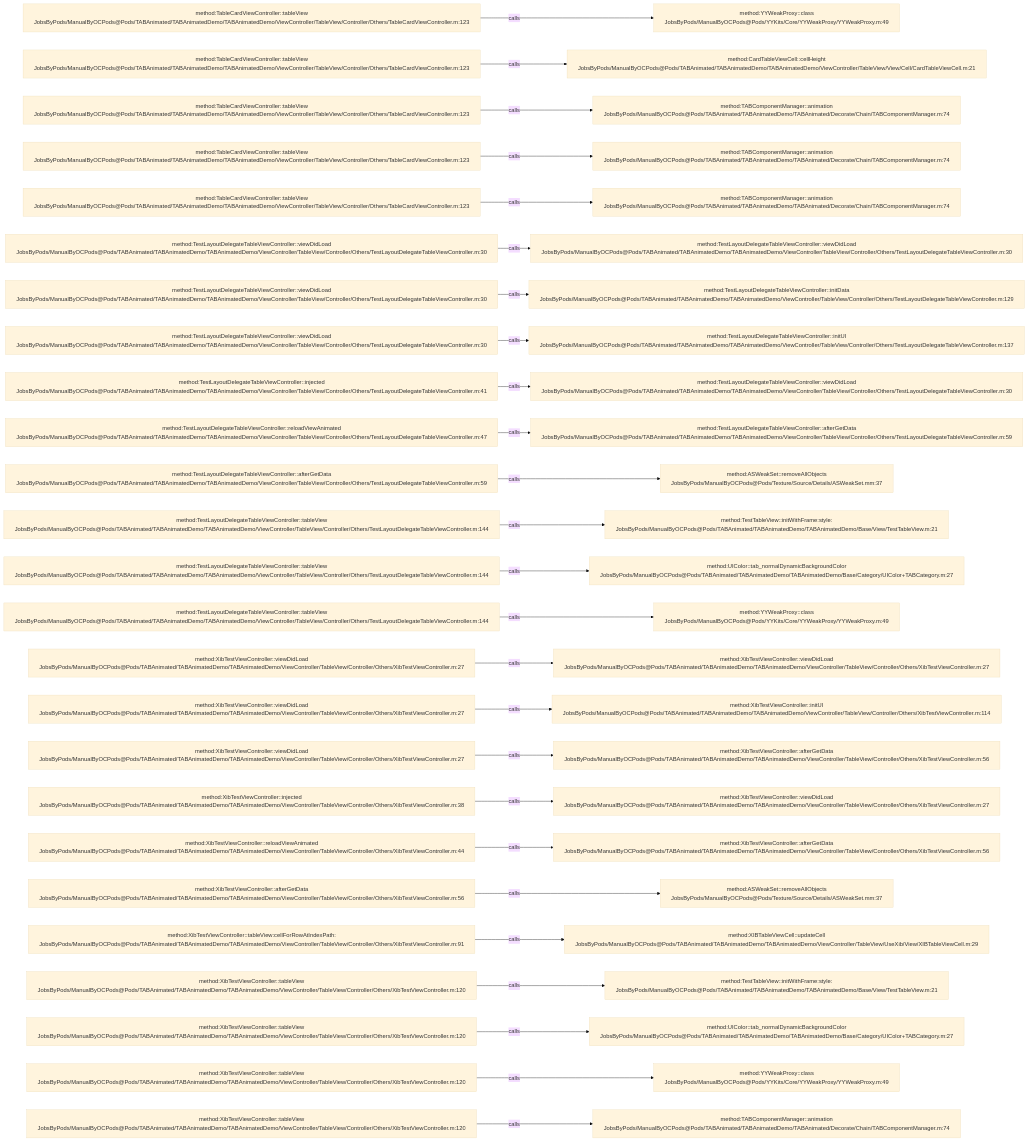
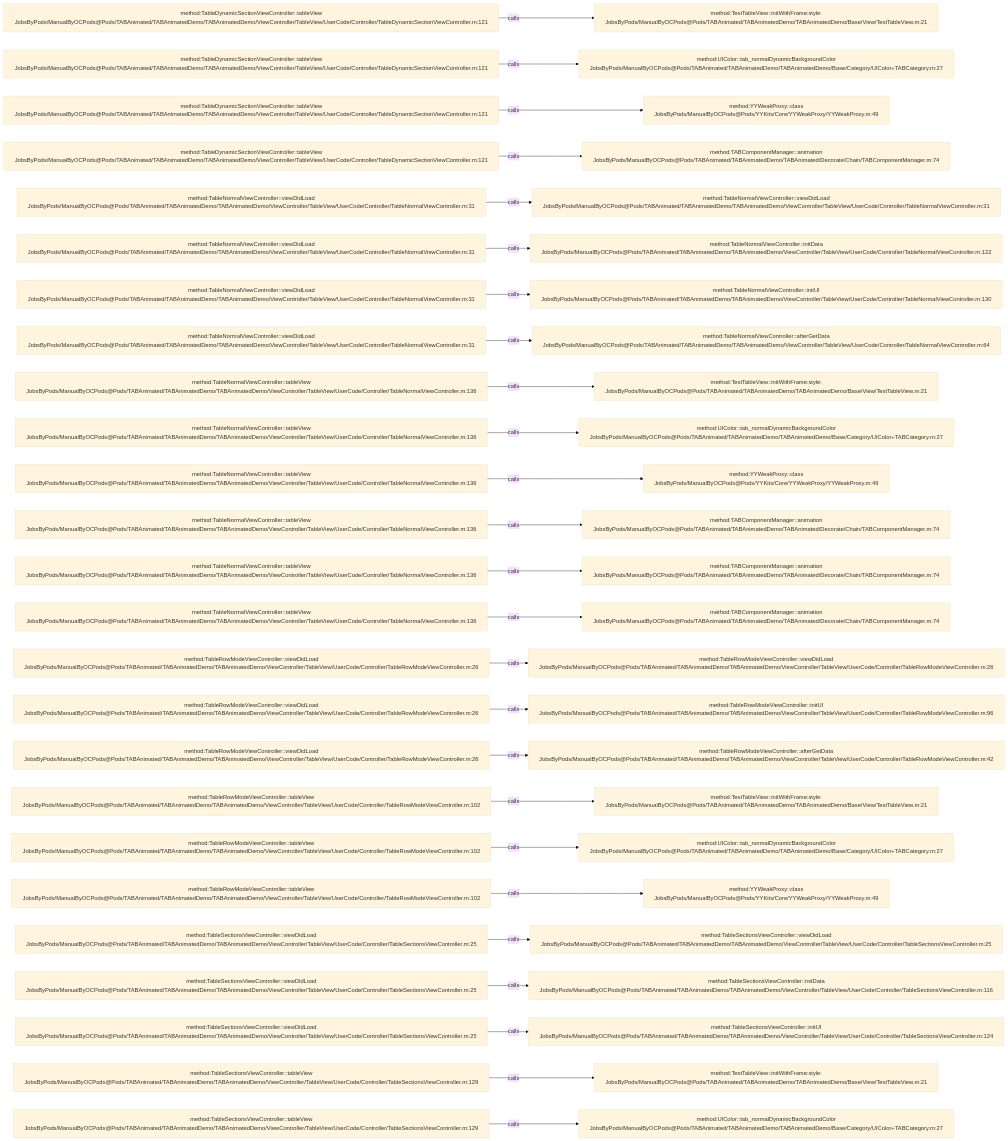
One commit to JobsKits/JobsOCBaseConfigDemo changed the diagram in .codegraph/codegraph.md/graphs/calls-057.md. Above: the diagram before and after it, drawn with Mermaid (base theme). The commit also changed 1448 other files, not shown here.

````diff
--- a/.codegraph/codegraph.md/graphs/calls-057.md
+++ b/.codegraph/codegraph.md/graphs/calls-057.md
@@ -13,78 +13,78 @@
 ```mermaid
 flowchart LR
-  S1["method:TableCardViewController::tableView<br/>JobsByPods/ManualByOCPods@Pods/TABAnimated/TABAnimatedDemo/TABAnimatedDemo/ViewController/TableView/Controller/Others/TableCardViewController.m:123"]
-  T1["method:YYWeakProxy::class<br/>JobsByPods/ManualByOCPods@Pods/YYKits/Core/YYWeakProxy/YYWeakProxy.m:49"]
+  S1["method:TableDynamicSectionViewController::tableView<br/>JobsByPods/ManualByOCPods@Pods/TABAnimated/TABAnimatedDemo/TABAnimatedDemo/ViewController/TableView/UserCode/Controller/TableDynamicSectionViewController.m:121"]
+  T1["method:TestTableView::initWithFrame:style:<br/>JobsByPods/ManualByOCPods@Pods/TABAnimated/TABAnimatedDemo/TABAnimatedDemo/Base/View/TestTableView.m:21"]
   S1 -->|calls| T1
-  S2["method:TableCardViewController::tableView<br/>JobsByPods/ManualByOCPods@Pods/TABAnimated/TABAnimatedDemo/TABAnimatedDemo/ViewController/TableView/Controller/Others/TableCardViewController.m:123"]
-  T2["method:CardTableViewCell::cellHeight<br/>JobsByPods/ManualByOCPods@Pods/TABAnimated/TABAnimatedDemo/TABAnimatedDemo/ViewController/TableView/View/Cell/CardTableViewCell.m:21"]
+  S2["method:TableDynamicSectionViewController::tableView<br/>JobsByPods/ManualByOCPods@Pods/TABAnimated/TABAnimatedDemo/TABAnimatedDemo/ViewController/TableView/UserCode/Controller/TableDynamicSectionViewController.m:121"]
+  T2["method:UIColor::tab_normalDynamicBackgroundColor<br/>JobsByPods/ManualByOCPods@Pods/TABAnimated/TABAnimatedDemo/TABAnimatedDemo/Base/Category/UIColor+TABCategory.m:27"]
   S2 -->|calls| T2
-  S3["method:TableCardViewController::tableView<br/>JobsByPods/ManualByOCPods@Pods/TABAnimated/TABAnimatedDemo/TABAnimatedDemo/ViewController/TableView/Controller/Others/TableCardViewController.m:123"]
-  T3["method:TABComponentManager::animation<br/>JobsByPods/ManualByOCPods@Pods/TABAnimated/TABAnimatedDemo/TABAnimated/Decorate/Chain/TABComponentManager.m:74"]
+  S3["method:TableDynamicSectionViewController::tableView<br/>JobsByPods/ManualByOCPods@Pods/TABAnimated/TABAnimatedDemo/TABAnimatedDemo/ViewController/TableView/UserCode/Controller/TableDynamicSectionViewController.m:121"]
+  T3["method:YYWeakProxy::class<br/>JobsByPods/ManualByOCPods@Pods/YYKits/Core/YYWeakProxy/YYWeakProxy.m:49"]
   S3 -->|calls| T3
-  S4["method:TableCardViewController::tableView<br/>JobsByPods/ManualByOCPods@Pods/TABAnimated/TABAnimatedDemo/TABAnimatedDemo/ViewController/TableView/Controller/Others/TableCardViewController.m:123"]
+  S4["method:TableDynamicSectionViewController::tableView<br/>JobsByPods/ManualByOCPods@Pods/TABAnimated/TABAnimatedDemo/TABAnimatedDemo/ViewController/TableView/UserCode/Controller/TableDynamicSectionViewController.m:121"]
   T4["method:TABComponentManager::animation<br/>JobsByPods/ManualByOCPods@Pods/TABAnimated/TABAnimatedDemo/TABAnimated/Decorate/Chain/TABComponentManager.m:74"]
   S4 -->|calls| T4
-  S5["method:TableCardViewController::tableView<br/>JobsByPods/ManualByOCPods@Pods/TABAnimated/TABAnimatedDemo/TABAnimatedDemo/ViewController/TableView/Controller/Others/TableCardViewController.m:123"]
-  T5["method:TABComponentManager::animation<br/>JobsByPods/ManualByOCPods@Pods/TABAnimated/TABAnimatedDemo/TABAnimated/Decorate/Chain/TABComponentManager.m:74"]
+  S5["method:TableNormalViewController::viewDidLoad<br/>JobsByPods/ManualByOCPods@Pods/TABAnimated/TABAnimatedDemo/TABAnimatedDemo/ViewController/TableView/UserCode/Controller/TableNormalViewController.m:31"]
+  T5["method:TableNormalViewController::viewDidLoad<br/>JobsByPods/ManualByOCPods@Pods/TABAnimated/TABAnimatedDemo/TABAnimatedDemo/ViewController/TableView/UserCode/Controller/TableNormalViewController.m:31"]
   S5 -->|calls| T5
-  S6["method:TestLayoutDelegateTableViewController::viewDidLoad<br/>JobsByPods/ManualByOCPods@Pods/TABAnimated/TABAnimatedDemo/TABAnimatedDemo/ViewController/TableView/Controller/Others/TestLayoutDelegateTableViewController.m:30"]
-  T6["method:TestLayoutDelegateTableViewController::viewDidLoad<br/>JobsByPods/ManualByOCPods@Pods/TABAnimated/TABAnimatedDemo/TABAnimatedDemo/ViewController/TableView/Controller/Others/TestLayoutDelegateTableViewController.m:30"]
+  S6["method:TableNormalViewController::viewDidLoad<br/>JobsByPods/ManualByOCPods@Pods/TABAnimated/TABAnimatedDemo/TABAnimatedDemo/ViewController/TableView/UserCode/Controller/TableNormalViewController.m:31"]
+  T6["method:TableNormalViewController::initData<br/>JobsByPods/ManualByOCPods@Pods/TABAnimated/TABAnimatedDemo/TABAnimatedDemo/ViewController/TableView/UserCode/Controller/TableNormalViewController.m:122"]
   S6 -->|calls| T6
-  S7["method:TestLayoutDelegateTableViewController::viewDidLoad<br/>JobsByPods/ManualByOCPods@Pods/TABAnimated/TABAnimatedDemo/TABAnimatedDemo/ViewController/TableView/Controller/Others/TestLayoutDelegateTableViewController.m:30"]
-  T7["method:TestLayoutDelegateTableViewController::initData<br/>JobsByPods/ManualByOCPods@Pods/TABAnimated/TABAnimatedDemo/TABAnimatedDemo/ViewController/TableView/Controller/Others/TestLayoutDelegateTableViewController.m:129"]
+  S7["method:TableNormalViewController::viewDidLoad<br/>JobsByPods/ManualByOCPods@Pods/TABAnimated/TABAnimatedDemo/TABAnimatedDemo/ViewController/TableView/UserCode/Controller/TableNormalViewController.m:31"]
+  T7["method:TableNormalViewController::initUI<br/>JobsByPods/ManualByOCPods@Pods/TABAnimated/TABAnimatedDemo/TABAnimatedDemo/ViewController/TableView/UserCode/Controller/TableNormalViewController.m:130"]
   S7 -->|calls| T7
-  S8["method:TestLayoutDelegateTableViewController::viewDidLoad<br/>JobsByPods/ManualByOCPods@Pods/TABAnimated/TABAnimatedDemo/TABAnimatedDemo/ViewController/TableView/Controller/Others/TestLayoutDelegateTableViewController.m:30"]
-  T8["method:TestLayoutDelegateTableViewController::initUI<br/>JobsByPods/ManualByOCPods@Pods/TABAnimated/TABAnimatedDemo/TABAnimatedDemo/ViewController/TableView/Controller/Others/TestLayoutDelegateTableViewController.m:137"]
+  S8["method:TableNormalViewController::viewDidLoad<br/>JobsByPods/ManualByOCPods@Pods/TABAnimated/TABAnimatedDemo/TABAnimatedDemo/ViewController/TableView/UserCode/Controller/TableNormalViewController.m:31"]
+  T8["method:TableNormalViewController::afterGetData<br/>JobsByPods/ManualByOCPods@Pods/TABAnimated/TABAnimatedDemo/TABAnimatedDemo/ViewController/TableView/UserCode/Controller/TableNormalViewController.m:64"]
   S8 -->|calls| T8
-  S9["method:TestLayoutDelegateTableViewController::injected<br/>JobsByPods/ManualByOCPods@Pods/TABAnimated/TABAnimatedDemo/TABAnimatedDemo/ViewController/TableView/Controller/Others/TestLayoutDelegateTableViewController.m:41"]
-  T9["method:TestLayoutDelegateTableViewController::viewDidLoad<br/>JobsByPods/ManualByOCPods@Pods/TABAnimated/TABAnimatedDemo/TABAnimatedDemo/ViewController/TableView/Controller/Others/TestLayoutDelegateTableViewController.m:30"]
+  S9["method:TableNormalViewController::tableView<br/>JobsByPods/ManualByOCPods@Pods/TABAnimated/TABAnimatedDemo/TABAnimatedDemo/ViewController/TableView/UserCode/Controller/TableNormalViewController.m:136"]
+  T9["method:TestTableView::initWithFrame:style:<br/>JobsByPods/ManualByOCPods@Pods/TABAnimated/TABAnimatedDemo/TABAnimatedDemo/Base/View/TestTableView.m:21"]
   S9 -->|calls| T9
-  S10["method:TestLayoutDelegateTableViewController::reloadViewAnimated<br/>JobsByPods/ManualByOCPods@Pods/TABAnimated/TABAnimatedDemo/TABAnimatedDemo/ViewController/TableView/Controller/Others/TestLayoutDelegateTableViewController.m:47"]
-  T10["method:TestLayoutDelegateTableViewController::afterGetData<br/>JobsByPods/ManualByOCPods@Pods/TABAnimated/TABAnimatedDemo/TABAnimatedDemo/ViewController/TableView/Controller/Others/TestLayoutDelegateTableViewController.m:59"]
+  S10["method:TableNormalViewController::tableView<br/>JobsByPods/ManualByOCPods@Pods/TABAnimated/TABAnimatedDemo/TABAnimatedDemo/ViewController/TableView/UserCode/Controller/TableNormalViewController.m:136"]
+  T10["method:UIColor::tab_normalDynamicBackgroundColor<br/>JobsByPods/ManualByOCPods@Pods/TABAnimated/TABAnimatedDemo/TABAnimatedDemo/Base/Category/UIColor+TABCategory.m:27"]
   S10 -->|calls| T10
-  S11["method:TestLayoutDelegateTableViewController::afterGetData<br/>JobsByPods/ManualByOCPods@Pods/TABAnimated/TABAnimatedDemo/TABAnimatedDemo/ViewController/TableView/Controller/Others/TestLayoutDelegateTableViewController.m:59"]
-  T11["method:ASWeakSet::removeAllObjects<br/>JobsByPods/ManualByOCPods@Pods/Texture/Source/Details/ASWeakSet.mm:37"]
+  S11["method:TableNormalViewController::tableView<br/>JobsByPods/ManualByOCPods@Pods/TABAnimated/TABAnimatedDemo/TABAnimatedDemo/ViewController/TableView/UserCode/Controller/TableNormalViewController.m:136"]
+  T11["method:YYWeakProxy::class<br/>JobsByPods/ManualByOCPods@Pods/YYKits/Core/YYWeakProxy/YYWeakProxy.m:49"]
   S11 -->|calls| T11
-  S12["method:TestLayoutDelegateTableViewController::tableView<br/>JobsByPods/ManualByOCPods@Pods/TABAnimated/TABAnimatedDemo/TABAnimatedDemo/ViewController/TableView/Controller/Others/TestLayoutDelegateTableViewController.m:144"]
-  T12["method:TestTableView::initWithFrame:style:<br/>JobsByPods/ManualByOCPods@Pods/TABAnimated/TABAnimatedDemo/TABAnimatedDemo/Base/View/TestTableView.m:21"]
+  S12["method:TableNormalViewController::tableView<br/>JobsByPods/ManualByOCPods@Pods/TABAnimated/TABAnimatedDemo/TABAnimatedDemo/ViewController/TableView/UserCode/Controller/TableNormalViewController.m:136"]
+  T12["method:TABComponentManager::animation<br/>JobsByPods/ManualByOCPods@Pods/TABAnimated/TABAnimatedDemo/TABAnimated/Decorate/Chain/TABComponentManager.m:74"]
   S12 -->|calls| T12
-  S13["method:TestLayoutDelegateTableViewController::tableView<br/>JobsByPods/ManualByOCPods@Pods/TABAnimated/TABAnimatedDemo/TABAnimatedDemo/ViewController/TableView/Controller/Others/TestLayoutDelegateTableViewController.m:144"]
-  T13["method:UIColor::tab_normalDynamicBackgroundColor<br/>JobsByPods/ManualByOCPods@Pods/TABAnimated/TABAnimatedDemo/TABAnimatedDemo/Base/Category/UIColor+TABCategory.m:27"]
+  S13["method:TableNormalViewController::tableView<br/>JobsByPods/ManualByOCPods@Pods/TABAnimated/TABAnimatedDemo/TABAnimatedDemo/ViewController/TableView/UserCode/Controller/TableNormalViewController.m:136"]
+  T13["method:TABComponentManager::animation<br/>JobsByPods/ManualByOCPods@Pods/TABAnimated/TABAnimatedDemo/TABAnimated/Decorate/Chain/TABComponentManager.m:74"]
   S13 -->|calls| T13
-  S14["method:TestLayoutDelegateTableViewController::tableView<br/>JobsByPods/ManualByOCPods@Pods/TABAnimated/TABAnimatedDemo/TABAnimatedDemo/ViewController/TableView/Controller/Others/TestLayoutDelegateTableViewController.m:144"]
-  T14["method:YYWeakProxy::class<br/>JobsByPods/ManualByOCPods@Pods/YYKits/Core/YYWeakProxy/YYWeakProxy.m:49"]
+  S14["method:TableNormalViewController::tableView<br/>JobsByPods/ManualByOCPods@Pods/TABAnimated/TABAnimatedDemo/TABAnimatedDemo/ViewController/TableView/UserCode/Controller/TableNormalViewController.m:136"]
+  T14["method:TABComponentManager::animation<br/>JobsByPods/ManualByOCPods@Pods/TABAnimated/TABAnimatedDemo/TABAnimated/Decorate/Chain/TABComponentManager.m:74"]
   S14 -->|calls| T14
-  S15["method:XibTestViewController::viewDidLoad<br/>JobsByPods/ManualByOCPods@Pods/TABAnimated/TABAnimatedDemo/TABAnimatedDemo/ViewController/TableView/Controller/Others/XibTestViewController.m:27"]
-  T15["method:XibTestViewController::viewDidLoad<br/>JobsByPods/ManualByOCPods@Pods/TABAnimated/TABAnimatedDemo/TABAnimatedDemo/ViewController/TableView/Controller/Others/XibTestViewController.m:27"]
+  S15["method:TableRowModeViewController::viewDidLoad<br/>JobsByPods/ManualByOCPods@Pods/TABAnimated/TABAnimatedDemo/TABAnimatedDemo/ViewController/TableView/UserCode/Controller/TableRowModeViewController.m:26"]
+  T15["method:TableRowModeViewController::viewDidLoad<br/>JobsByPods/ManualByOCPods@Pods/TABAnimated/TABAnimatedDemo/TABAnimatedDemo/ViewController/TableView/UserCode/Controller/TableRowModeViewController.m:26"]
   S15 -->|calls| T15
-  S16["method:XibTestViewController::viewDidLoad<br/>JobsByPods/ManualByOCPods@Pods/TABAnimated/TABAnimatedDemo/TABAnimatedDemo/ViewController/TableView/Controller/Others/XibTestViewController.m:27"]
-  T16["method:XibTestViewController::initUI<br/>JobsByPods/ManualByOCPods@Pods/TABAnimated/TABAnimatedDemo/TABAnimatedDemo/ViewController/TableView/Controller/Others/XibTestViewController.m:114"]
+  S16["method:TableRowModeViewController::viewDidLoad<br/>JobsByPods/ManualByOCPods@Pods/TABAnimated/TABAnimatedDemo/TABAnimatedDemo/ViewController/TableView/UserCode/Controller/TableRowModeViewController.m:26"]
+  T16["method:TableRowModeViewController::initUI<br/>JobsByPods/ManualByOCPods@Pods/TABAnimated/TABAnimatedDemo/TABAnimatedDemo/ViewController/TableView/UserCode/Controller/TableRowModeViewController.m:96"]
   S16 -->|calls| T16
-  S17["method:XibTestViewController::viewDidLoad<br/>JobsByPods/ManualByOCPods@Pods/TABAnimated/TABAnimatedDemo/TABAnimatedDemo/ViewController/TableView/Controller/Others/XibTestViewController.m:27"]
-  T17["method:XibTestViewController::afterGetData<br/>JobsByPods/ManualByOCPods@Pods/TABAnimated/TABAnimatedDemo/TABAnimatedDemo/ViewController/TableView/Controller/Others/XibTestViewController.m:56"]
+  S17["method:TableRowModeViewController::viewDidLoad<br/>JobsByPods/ManualByOCPods@Pods/TABAnimated/TABAnimatedDemo/TABAnimatedDemo/ViewController/TableView/UserCode/Controller/TableRowModeViewController.m:26"]
+  T17["method:TableRowModeViewController::afterGetData<br/>JobsByPods/ManualByOCPods@Pods/TABAnimated/TABAnimatedDemo/TABAnimatedDemo/ViewController/TableView/UserCode/Controller/TableRowModeViewController.m:42"]
   S17 -->|calls| T17
-  S18["method:XibTestViewController::injected<br/>JobsByPods/ManualByOCPods@Pods/TABAnimated/TABAnimatedDemo/TABAnimatedDemo/ViewController/TableView/Controller/Others/XibTestViewController.m:38"]
-  T18["method:XibTestViewController::viewDidLoad<br/>JobsByPods/ManualByOCPods@Pods/TABAnimated/TABAnimatedDemo/TABAnimatedDemo/ViewController/TableView/Controller/Others/XibTestViewController.m:27"]
+  S18["method:TableRowModeViewController::tableView<br/>JobsByPods/ManualByOCPods@Pods/TABAnimated/TABAnimatedDemo/TABAnimatedDemo/ViewController/TableView/UserCode/Controller/TableRowModeViewController.m:102"]
+  T18["method:TestTableView::initWithFrame:style:<br/>JobsByPods/ManualByOCPods@Pods/TABAnimated/TABAnimatedDemo/TABAnimatedDemo/Base/View/TestTableView.m:21"]
   S18 -->|calls| T18
-  S19["method:XibTestViewController::reloadViewAnimated<br/>JobsByPods/ManualByOCPods@Pods/TABAnimated/TABAnimatedDemo/TABAnimatedDemo/ViewController/TableView/Controller/Others/XibTestViewController.m:44"]
-  T19["method:XibTestViewController::afterGetData<br/>JobsByPods/ManualByOCPods@Pods/TABAnimated/TABAnimatedDemo/TABAnimatedDemo/ViewController/TableView/Controller/Others/XibTestViewController.m:56"]
+  S19["method:TableRowModeViewController::tableView<br/>JobsByPods/ManualByOCPods@Pods/TABAnimated/TABAnimatedDemo/TABAnimatedDemo/ViewController/TableView/UserCode/Controller/TableRowModeViewController.m:102"]
+  T19["method:UIColor::tab_normalDynamicBackgroundColor<br/>JobsByPods/ManualByOCPods@Pods/TABAnimated/TABAnimatedDemo/TABAnimatedDemo/Base/Category/UIColor+TABCategory.m:27"]
   S19 -->|calls| T19
-  S20["method:XibTestViewController::afterGetData<br/>JobsByPods/ManualByOCPods@Pods/TABAnimated/TABAnimatedDemo/TABAnimatedDemo/ViewController/TableView/Controller/Others/XibTestViewController.m:56"]
-  T20["method:ASWeakSet::removeAllObjects<br/>JobsByPods/ManualByOCPods@Pods/Texture/Source/Details/ASWeakSet.mm:37"]
+  S20["method:TableRowModeViewController::tableView<br/>JobsByPods/ManualByOCPods@Pods/TABAnimated/TABAnimatedDemo/TABAnimatedDemo/ViewController/TableView/UserCode/Controller/TableRowModeViewController.m:102"]
+  T20["method:YYWeakProxy::class<br/>JobsByPods/ManualByOCPods@Pods/YYKits/Core/YYWeakProxy/YYWeakProxy.m:49"]
   S20 -->|calls| T20
-  S21["method:XibTestViewController::tableView:cellForRowAtIndexPath:<br/>JobsByPods/ManualByOCPods@Pods/TABAnimated/TABAnimatedDemo/TABAnimatedDemo/ViewController/TableView/Controller/Others/XibTestViewController.m:91"]
-  T21["method:XIBTableViewCell::updateCell<br/>JobsByPods/ManualByOCPods@Pods/TABAnimated/TABAnimatedDemo/TABAnimatedDemo/ViewController/TableView/UseXib/View/XIBTableViewCell.m:29"]
+  S21["method:TableSectionsViewController::viewDidLoad<br/>JobsByPods/ManualByOCPods@Pods/TABAnimated/TABAnimatedDemo/TABAnimatedDemo/ViewController/TableView/UserCode/Controller/TableSectionsViewController.m:25"]
+  T21["method:TableSectionsViewController::viewDidLoad<br/>JobsByPods/ManualByOCPods@Pods/TABAnimated/TABAnimatedDemo/TABAnimatedDemo/ViewController/TableView/UserCode/Controller/TableSectionsViewController.m:25"]
   S21 -->|calls| T21
-  S22["method:XibTestViewController::tableView<br/>JobsByPods/ManualByOCPods@Pods/TABAnimated/TABAnimatedDemo/TABAnimatedDemo/ViewController/TableView/Controller/Others/XibTestViewController.m:120"]
-  T22["method:TestTableView::initWithFrame:style:<br/>JobsByPods/ManualByOCPods@Pods/TABAnimated/TABAnimatedDemo/TABAnimatedDemo/Base/View/TestTableView.m:21"]
+  S22["method:TableSectionsViewController::viewDidLoad<br/>JobsByPods/ManualByOCPods@Pods/TABAnimated/TABAnimatedDemo/TABAnimatedDemo/ViewController/TableView/UserCode/Controller/TableSectionsViewController.m:25"]
+  T22["method:TableSectionsViewController::initData<br/>JobsByPods/ManualByOCPods@Pods/TABAnimated/TABAnimatedDemo/TABAnimatedDemo/ViewController/TableView/UserCode/Controller/TableSectionsViewController.m:116"]
   S22 -->|calls| T22
-  S23["method:XibTestViewController::tableView<br/>JobsByPods/ManualByOCPods@Pods/TABAnimated/TABAnimatedDemo/TABAnimatedDemo/ViewController/TableView/Controller/Others/XibTestViewController.m:120"]
-  T23["method:UIColor::tab_normalDynamicBackgroundColor<br/>JobsByPods/ManualByOCPods@Pods/TABAnimated/TABAnimatedDemo/TABAnimatedDemo/Base/Category/UIColor+TABCategory.m:27"]
+  S23["method:TableSectionsViewController::viewDidLoad<br/>JobsByPods/ManualByOCPods@Pods/TABAnimated/TABAnimatedDemo/TABAnimatedDemo/ViewController/TableView/UserCode/Controller/TableSectionsViewController.m:25"]
+  T23["method:TableSectionsViewController::initUI<br/>JobsByPods/ManualByOCPods@Pods/TABAnimated/TABAnimatedDemo/TABAnimatedDemo/ViewController/TableView/UserCode/Controller/TableSectionsViewController.m:124"]
   S23 -->|calls| T23
-  S24["method:XibTestViewController::tableView<br/>JobsByPods/ManualByOCPods@Pods/TABAnimated/TABAnimatedDemo/TABAnimatedDemo/ViewController/TableView/Controller/Others/XibTestViewController.m:120"]
-  T24["method:YYWeakProxy::class<br/>JobsByPods/ManualByOCPods@Pods/YYKits/Core/YYWeakProxy/YYWeakProxy.m:49"]
+  S24["method:TableSectionsViewController::tableView<br/>JobsByPods/ManualByOCPods@Pods/TABAnimated/TABAnimatedDemo/TABAnimatedDemo/ViewController/TableView/UserCode/Controller/TableSectionsViewController.m:129"]
+  T24["method:TestTableView::initWithFrame:style:<br/>JobsByPods/ManualByOCPods@Pods/TABAnimated/TABAnimatedDemo/TABAnimatedDemo/Base/View/TestTableView.m:21"]
   S24 -->|calls| T24
-  S25["method:XibTestViewController::tableView<br/>JobsByPods/ManualByOCPods@Pods/TABAnimated/TABAnimatedDemo/TABAnimatedDemo/ViewController/TableView/Controller/Others/XibTestViewController.m:120"]
-  T25["method:TABComponentManager::animation<br/>JobsByPods/ManualByOCPods@Pods/TABAnimated/TABAnimatedDemo/TABAnimated/Decorate/Chain/TABComponentManager.m:74"]
+  S25["method:TableSectionsViewController::tableView<br/>JobsByPods/ManualByOCPods@Pods/TABAnimated/TABAnimatedDemo/TABAnimatedDemo/ViewController/TableView/UserCode/Controller/TableSectionsViewController.m:129"]
+  T25["method:UIColor::tab_normalDynamicBackgroundColor<br/>JobsByPods/ManualByOCPods@Pods/TABAnimated/TABAnimatedDemo/TABAnimatedDemo/Base/Category/UIColor+TABCategory.m:27"]
   S25 -->|calls| T25
 ```
````
